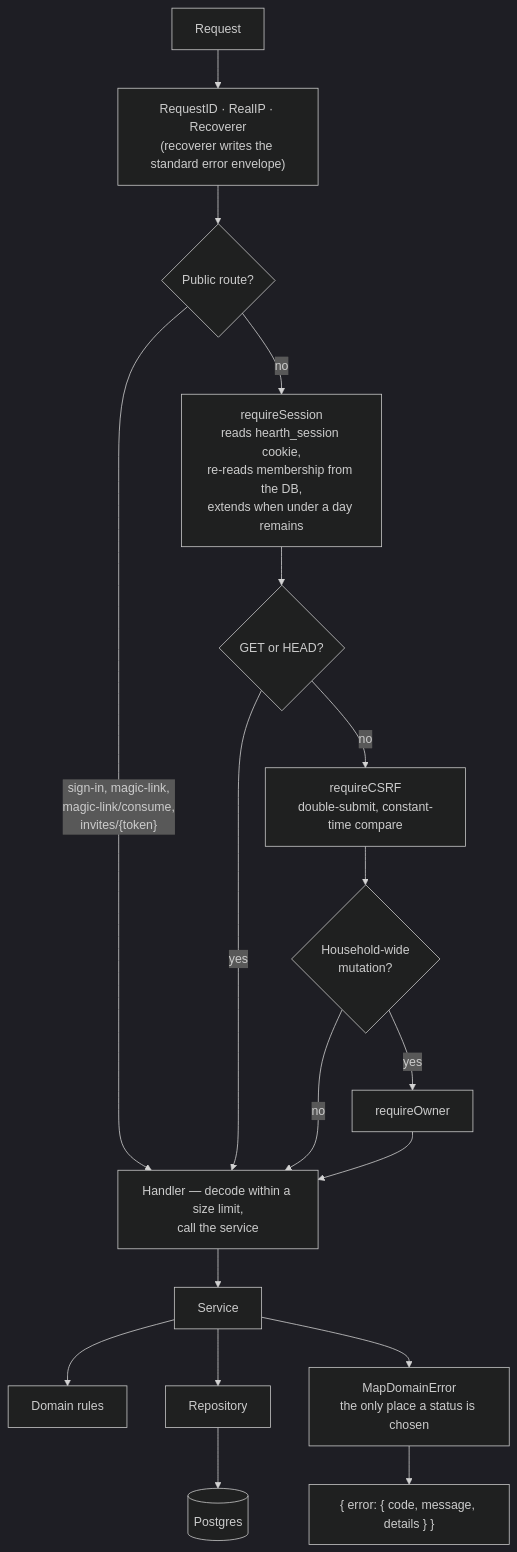
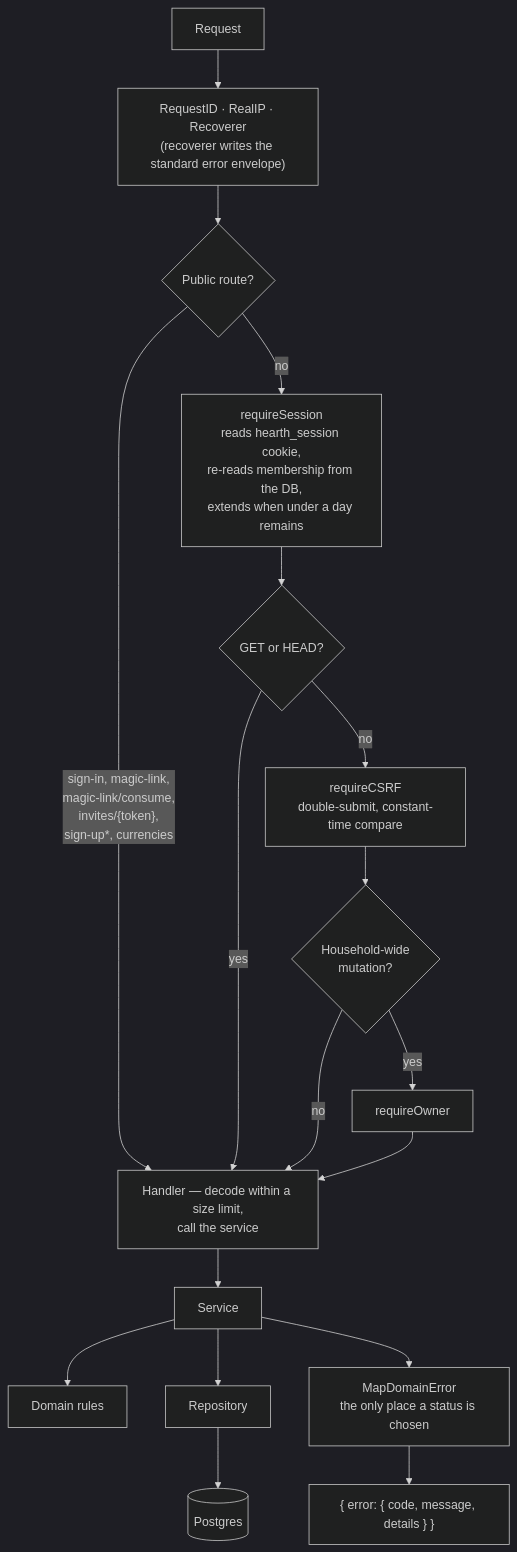
Before and after one commit to oandrz/Household: the third of 9 diagrams in docs/SYSTEM_DESIGN.md, drawn with Mermaid (dark theme). The commit also changed other lines of this file and 3 other files, not shown here.

````diff
--- a/docs/SYSTEM_DESIGN.md
+++ b/docs/SYSTEM_DESIGN.md
@@ -136,24 +156,24 @@
 ```mermaid
 graph TD
     Req["Request"] --> RID["RequestID · RealIP · Recoverer<br/>(recoverer writes the standard error envelope)"]
     RID --> Public{"Public route?"}
 
-    Public -->|"sign-in, magic-link,<br/>magic-link/consume,<br/>invites/{token}"| Handler
+    Public -->|"sign-in, magic-link,<br/>magic-link/consume,<br/>invites/{token},<br/>sign-up*, currencies"| Handler
     Public -->|no| Session["requireSession<br/>reads hearth_session cookie,<br/>re-reads membership from the DB,<br/>extends when under a day remains"]
 
     Session --> Safe{"GET or HEAD?"}
     Safe -->|yes| Handler
     Safe -->|no| CSRF["requireCSRF<br/>double-submit, constant-time compare"]
 
     CSRF --> Owner{"Household-wide<br/>mutation?"}
     Owner -->|yes| RequireOwner["requireOwner"]
     Owner -->|no| Handler
     RequireOwner --> Handler
 
     Handler["Handler — decode within a size limit,<br/>call the service"] --> Service["Service"]
     Service --> Domain["Domain rules"]
     Service --> Repo["Repository"]
     Repo --> DB[("Postgres")]
     Service --> MapErr["MapDomainError<br/>the only place a status is chosen"]
     MapErr --> Resp["{ error: { code, message, details } }"]
 ```
````
